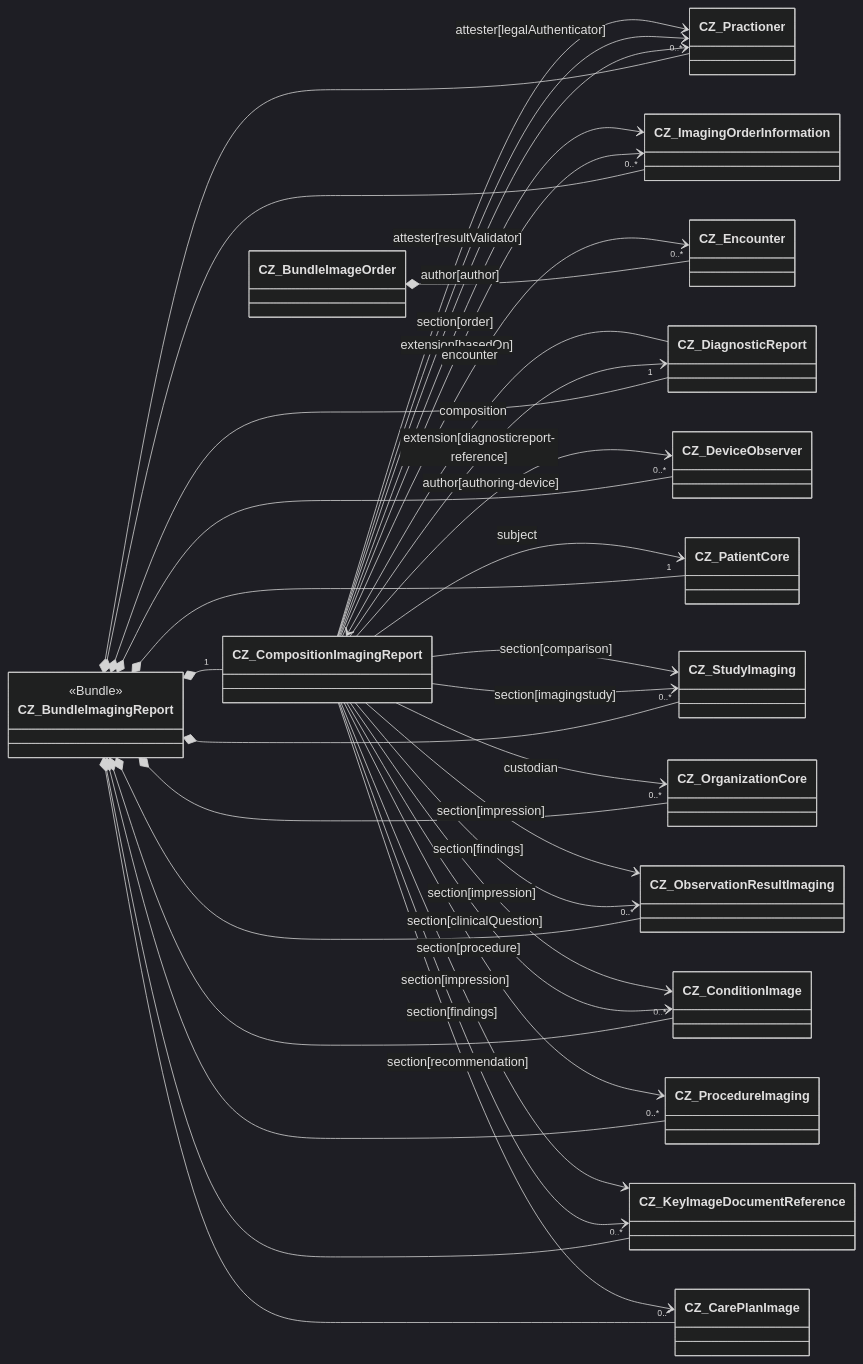
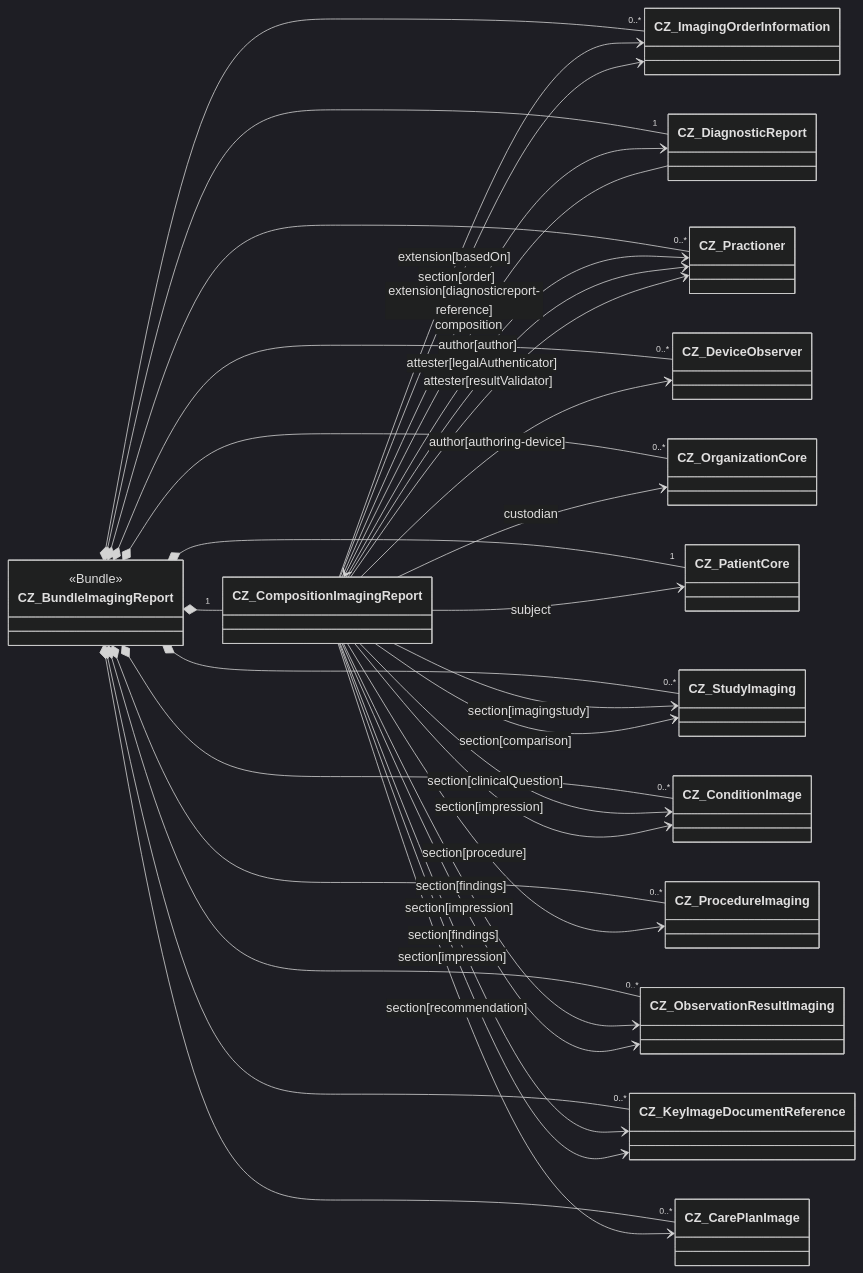
Before and after one commit to HL7-cz/img: the diagram in input/pagecontent/implementation-notes-cs.md, drawn with Mermaid (dark theme). The commit also changed 11 other files, not shown here.

Commit message:
Delete encounter from graphs,link to eu-r4-imaging and fix QA errors

````diff
--- a/input/pagecontent/implementation-notes-cs.md
+++ b/input/pagecontent/implementation-notes-cs.md
@@ -6,46 +6,44 @@
 ```mermaid
 classDiagram
   direction LR
   class CZ_BundleImagingReport{
     <<Bundle>>
   }
   CZ_BundleImagingReport *-- "1" CZ_CompositionImagingReport
   CZ_BundleImagingReport *-- "1" CZ_DiagnosticReport
   CZ_BundleImagingReport *-- "1" CZ_PatientCore
-  CZ_BundleImageOrder *-- "0..*" CZ_Encounter
   CZ_BundleImagingReport *-- "0..*" CZ_ImagingOrderInformation
   CZ_BundleImagingReport *-- "0..*" CZ_Practioner
   CZ_BundleImagingReport *-- "0..*" CZ_DeviceObserver
   CZ_BundleImagingReport *-- "0..*" CZ_OrganizationCore
   CZ_BundleImagingReport *-- "0..*" CZ_StudyImaging
   CZ_BundleImagingReport *-- "0..*" CZ_ProcedureImaging
   CZ_BundleImagingReport *-- "0..*" CZ_ObservationResultImaging
   CZ_BundleImagingReport *-- "0..*" CZ_KeyImageDocumentReference
   CZ_BundleImagingReport *-- "0..*" CZ_ConditionImage
   CZ_BundleImagingReport *-- "0..*" CZ_CarePlanImage
 
   CZ_DiagnosticReport --> CZ_CompositionImagingReport: composition
   
 
   CZ_CompositionImagingReport --> CZ_ImagingOrderInformation: extension[basedOn]  
   CZ_CompositionImagingReport --> CZ_DiagnosticReport: extension[diagnosticreport-reference]
   CZ_CompositionImagingReport --> CZ_Practioner: author[author]
-  CZ_CompositionImagingReport --> CZ_Encounter: encounter
   CZ_CompositionImagingReport --> CZ_DeviceObserver: author[authoring-device]
   CZ_CompositionImagingReport --> CZ_Practioner: attester[legalAuthenticator]
   CZ_CompositionImagingReport --> CZ_Practioner: attester[resultValidator]
   CZ_CompositionImagingReport --> CZ_OrganizationCore: custodian
   CZ_CompositionImagingReport --> CZ_PatientCore: subject
   CZ_CompositionImagingReport --> CZ_StudyImaging: section[imagingstudy]
   CZ_CompositionImagingReport --> CZ_ImagingOrderInformation: section[order]
   CZ_CompositionImagingReport --> CZ_ConditionImage: section[clinicalQuestion]
   CZ_CompositionImagingReport --> CZ_ProcedureImaging: section[procedure]
   CZ_CompositionImagingReport --> CZ_StudyImaging: section[comparison]
   CZ_CompositionImagingReport --> CZ_ObservationResultImaging: section[findings]
   CZ_CompositionImagingReport --> CZ_KeyImageDocumentReference: section[findings]
   CZ_CompositionImagingReport --> CZ_KeyImageDocumentReference: section[impression]
   CZ_CompositionImagingReport --> CZ_ObservationResultImaging: section[impression]
   CZ_CompositionImagingReport --> CZ_ConditionImage: section[impression]
   CZ_CompositionImagingReport --> CZ_CarePlanImage: section[recommendation]
 
 ```
````
